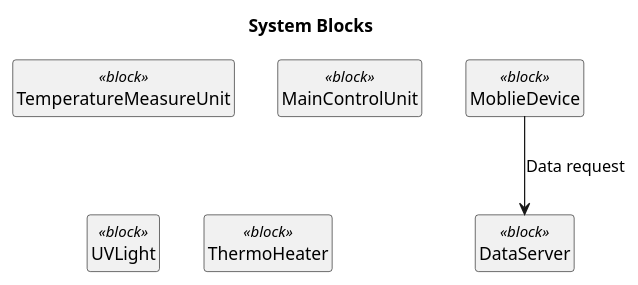
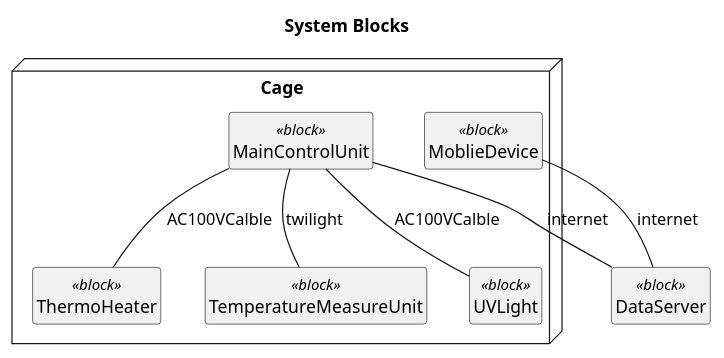
Before and after one commit to ShujiMikami/RenjiSystemProject: the diagram in Documents/SystemIdea/SystemDiaglam.plantuml, drawn with PlantUML.

Commit message:
packageを追加

```diff
--- a/Documents/SystemIdea/SystemDiaglam.plantuml
+++ b/Documents/SystemIdea/SystemDiaglam.plantuml
@@ -1,31 +1,35 @@
 @startuml
 
 title System Blocks
 
 hide circle
 hide empty members
 hide method
 
-class "MoblieDevice" as BlockMobileDevice <<block>>{
+package "Cage" as NodeCage <<node>>{
+  class "MoblieDevice" as BlockMobileDevice <<block>>{
+  }
   
-
+  class "TemperatureMeasureUnit" as BlockTemperatureMeasureUnit <<block>>{
+  }
+  
+  class "MainControlUnit" as BlockMainControlUnit <<block>>{
+  }
+  
+  class "UVLight" as BlockUVLight <<block>>{
+  }
+  
+  class "ThermoHeater" as BlockThermoHeater <<block>>{
+  }
 }
-
-class "TemperatureMeasureUnit" as BlockTemperatureMeasureUnit <<block>>{
-}
-
-class "MainControlUnit" as BlockMainControlUnit <<block>>{
-}
-
-class "UVLight" as BlockUVLight <<block>>{
-}
-
-class "ThermoHeater" as BlockThermoHeater <<block>>{
-}
-
 class "DataServer" as BlockDataServer <<block>>{
 }
 
-BlockMobileDevice --> BlockDataServer : Data request
+BlockMobileDevice -- BlockDataServer : internet 
+BlockMainControlUnit -- BlockDataServer : internet
+BlockMainControlUnit -- BlockTemperatureMeasureUnit : twilight
+BlockMainControlUnit -- BlockThermoHeater : AC100VCalble
+BlockMainControlUnit -- BlockUVLight : AC100VCalble
+
 
 @enduml
```
